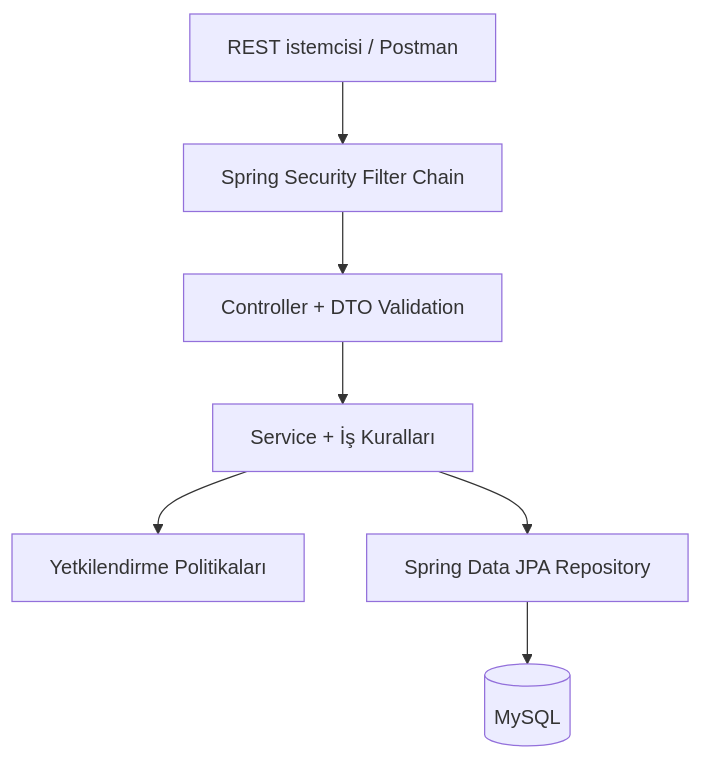
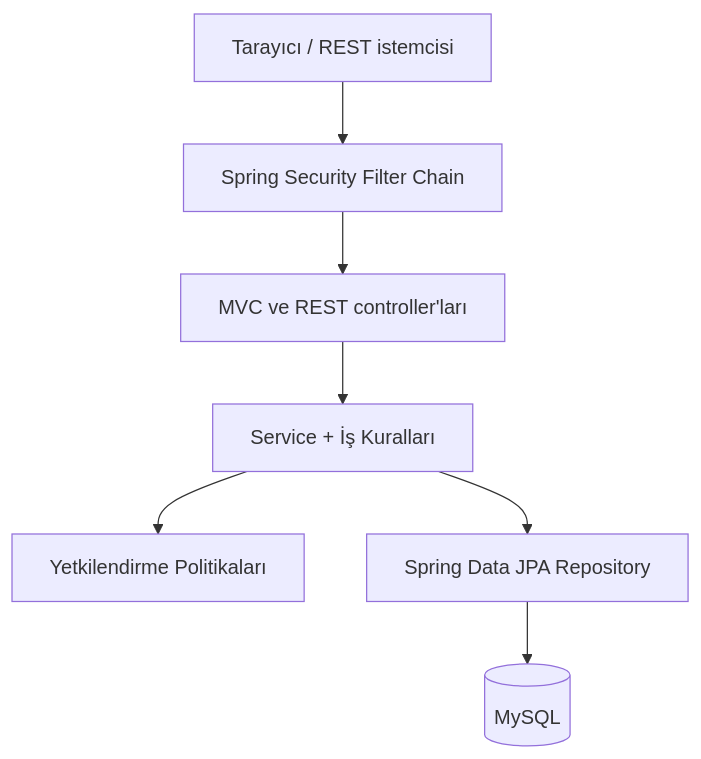
The first of 6 diagrams in README.md (onurerkoc-dev/payguard), drawn with Mermaid before and after one commit. The commit also changed other lines of this file and 1 other file, not shown here.

Commit message:
feat: add logout button and update MVC documentation (#32)

````diff
--- a/README.md
+++ b/README.md
@@ -71,9 +70,9 @@
 ```mermaid
 flowchart TD
-    Client["REST istemcisi / Postman"] --> Security["Spring Security Filter Chain"]
-    Security --> Controller["Controller + DTO Validation"]
+    Client["Tarayıcı / REST istemcisi"] --> Security["Spring Security Filter Chain"]
+    Security --> Controller["MVC ve REST controller'ları"]
     Controller --> Service["Service + İş Kuralları"]
     Service --> Policy["Yetkilendirme Politikaları"]
     Service --> Repository["Spring Data JPA Repository"]
     Repository --> Database[("MySQL")]
 ```
````
